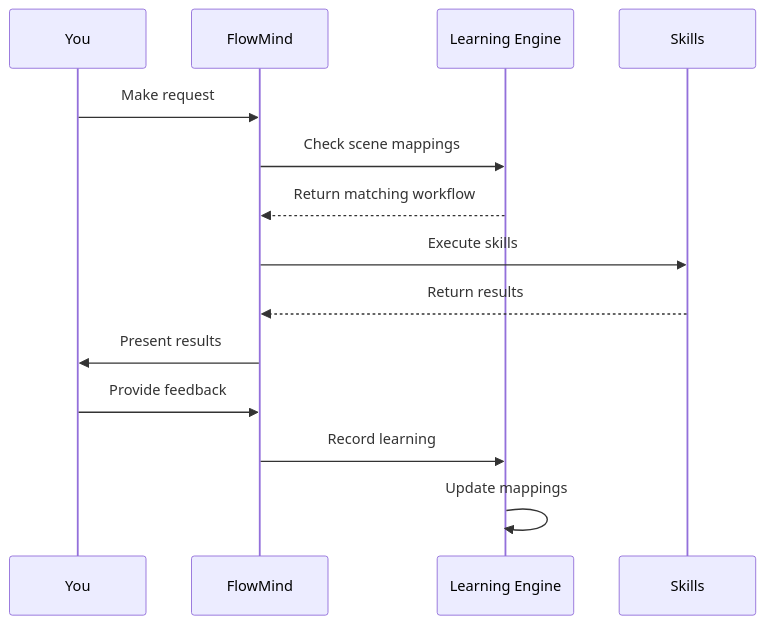
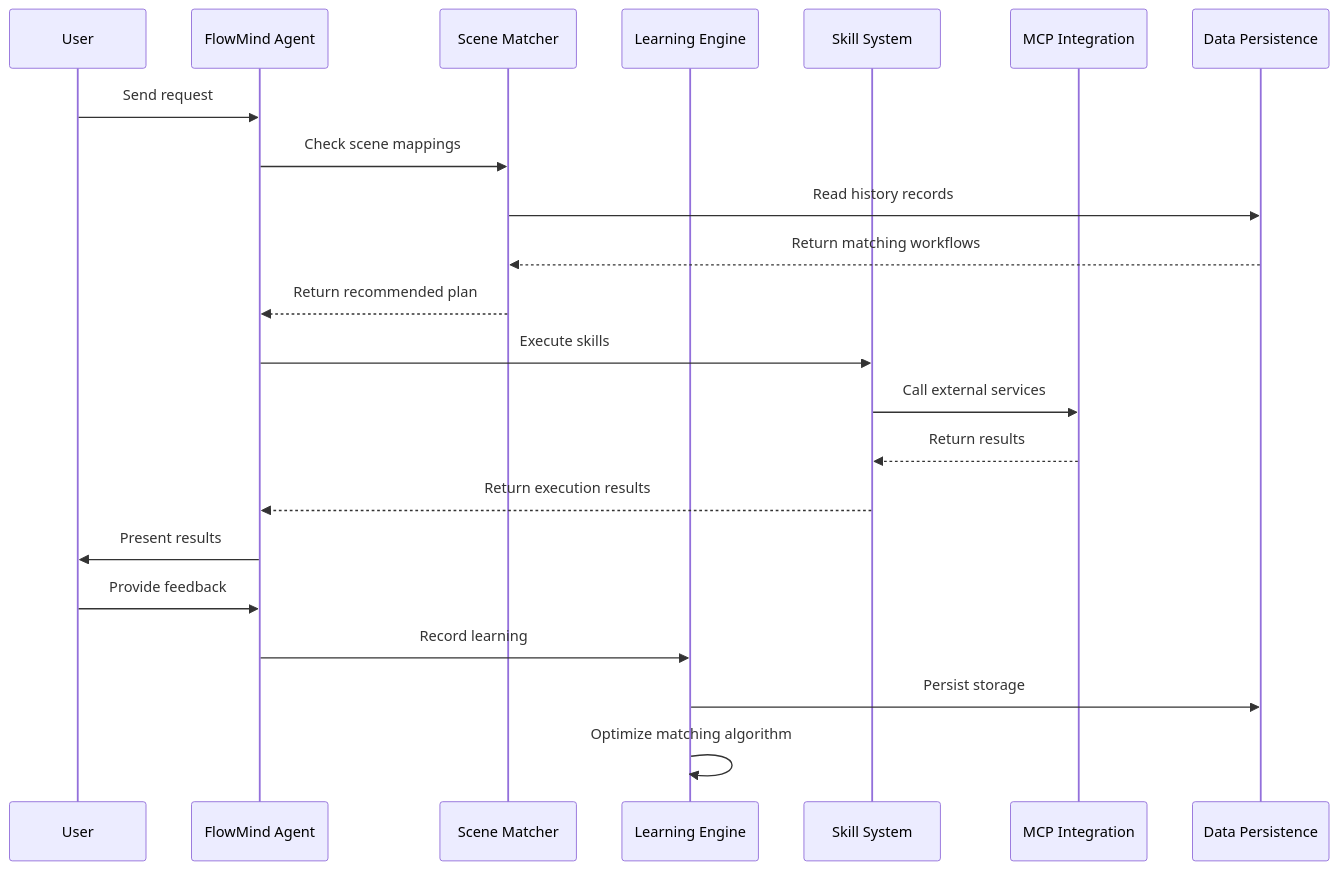
The fifth of 6 diagrams in README.md (Eleven-M/flowmind), drawn with Mermaid before and after one commit. The commit also changed other lines of this file and 1 other file, not shown here.

````diff
--- a/README.md
+++ b/README.md
@@ -180,18 +334,28 @@
 ```mermaid
 sequenceDiagram
-    participant U as You
-    participant F as FlowMind
+    participant U as User
+    participant A as FlowMind Agent
+    participant M as Scene Matcher
     participant L as Learning Engine
-    participant S as Skills
+    participant S as Skill System
+    participant MCP as MCP Integration
+    participant D as Data Persistence
 
-    U->>F: Make request
-    F->>L: Check scene mappings
-    L-->>F: Return matching workflow
-    F->>S: Execute skills
-    S-->>F: Return results
-    F->>U: Present results
+    U->>A: Send request
+    A->>M: Check scene mappings
+    M->>D: Read history records
+    D-->>M: Return matching workflows
+    M-->>A: Return recommended plan
 
-    U->>F: Provide feedback
-    F->>L: Record learning
-    L->>L: Update mappings
+    A->>S: Execute skills
+    S->>MCP: Call external services
+    MCP-->>S: Return results
+    S-->>A: Return execution results
+
+    A->>U: Present results
+
+    U->>A: Provide feedback
+    A->>L: Record learning
+    L->>D: Persist storage
+    L->>L: Optimize matching algorithm
 ```
````
